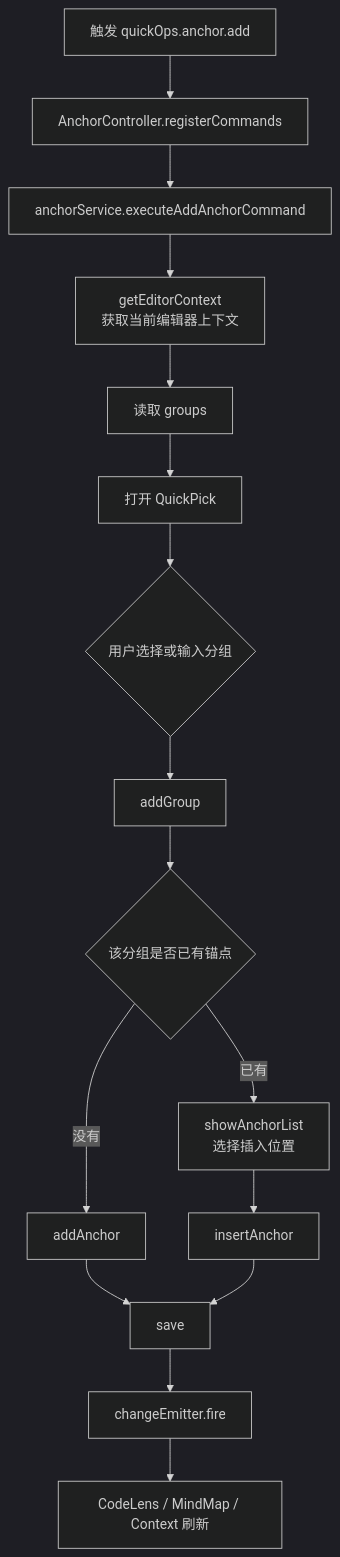
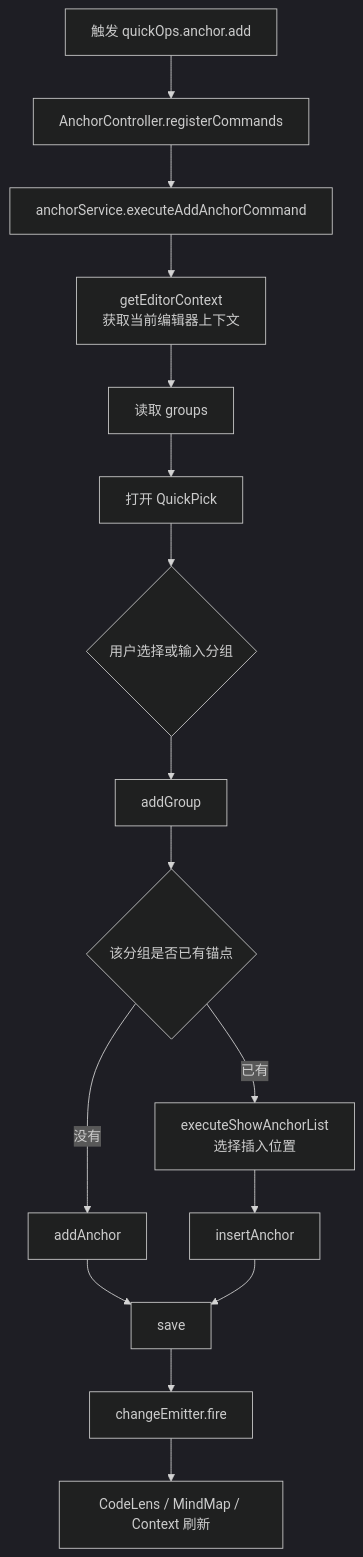
One commit to WONISHI/quick-ops changed the third of 3 diagrams in src/modules/anchor/anchor.readme.md. Above: the diagram before and after it, drawn with Mermaid (dark theme). The commit also changed other lines of this file and 2 other files, not shown here.

````diff
--- a/src/modules/anchor/anchor.readme.md
+++ b/src/modules/anchor/anchor.readme.md
@@ -568,18 +568,18 @@
 ```mermaid
 flowchart TD
   A[触发 quickOps.anchor.add] --> B[AnchorController.registerCommands]
   B --> C[anchorService.executeAddAnchorCommand]
   C --> D[getEditorContext<br/>获取当前编辑器上下文]
   D --> E[读取 groups]
   E --> F[打开 QuickPick]
   F --> G{用户选择或输入分组}
   G --> H[addGroup]
   H --> I{该分组是否已有锚点}
   I -->|没有| J[addAnchor]
-  I -->|已有| K[showAnchorList<br/>选择插入位置]
+  I -->|已有| K[executeShowAnchorList<br/>选择插入位置]
   J --> L[save]
   K --> M[insertAnchor]
   M --> L
   L --> N[changeEmitter.fire]
   N --> O[CodeLens / MindMap / Context 刷新]
 ```
````
